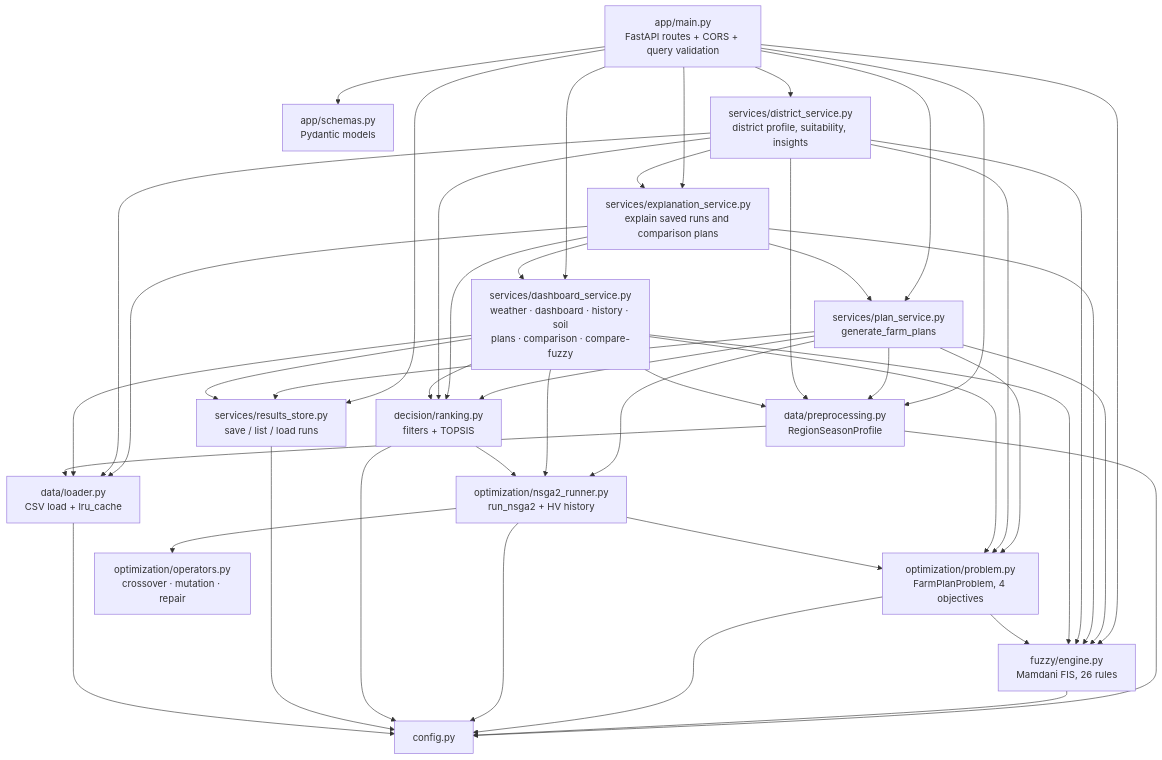
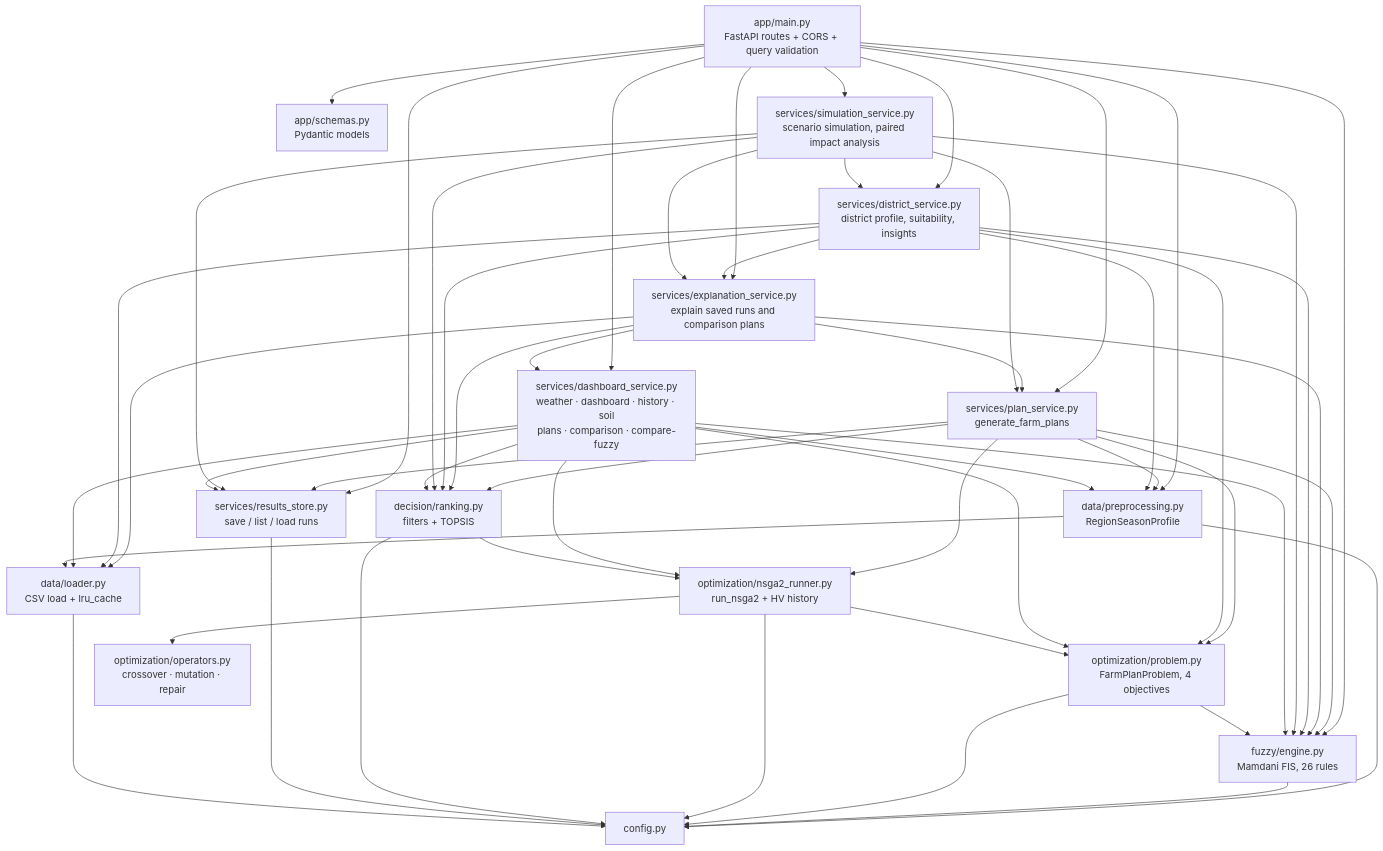
Before and after one commit to VamsiVarada-3632/AgroOptimize: the second of 4 diagrams in docs/handbook/ARCHITECTURE.md, drawn with Mermaid. The commit also changed other lines of this file and 14 other files, not shown here.

First line of the commit message:
Document Scenario Simulation

````diff
--- a/docs/handbook/ARCHITECTURE.md
+++ b/docs/handbook/ARCHITECTURE.md
@@ -31,36 +31,39 @@
 ```mermaid
 flowchart TB
     main[app/main.py<br/>FastAPI routes + CORS + query validation]
     schemas[app/schemas.py<br/>Pydantic models]
     ps[services/plan_service.py<br/>generate_farm_plans]
     ds[services/dashboard_service.py<br/>weather · dashboard · history · soil<br/>plans · comparison · compare-fuzzy]
     xs[services/explanation_service.py<br/>explain saved runs and comparison plans]
     dis[services/district_service.py<br/>district profile, suitability, insights]
+    sim[services/simulation_service.py<br/>scenario simulation, paired impact analysis]
     rs[services/results_store.py<br/>save / list / load runs]
     pre[data/preprocessing.py<br/>RegionSeasonProfile]
     load[data/loader.py<br/>CSV load + lru_cache]
     fz[fuzzy/engine.py<br/>Mamdani FIS, 26 rules]
     prob[optimization/problem.py<br/>FarmPlanProblem, 4 objectives]
     ops[optimization/operators.py<br/>crossover · mutation · repair]
     run[optimization/nsga2_runner.py<br/>run_nsga2 + HV history]
     rank[decision/ranking.py<br/>filters + TOPSIS]
     cfg[config.py]
 
     main --> schemas
     main --> ps
     main --> ds
     main --> rs
     main --> pre
     main --> fz
     ps --> pre & fz & prob & run & rank & rs
     main --> xs
     xs --> ds & ps & rank & fz & load
     main --> dis
     dis --> pre & fz & prob & rank & load & xs
+    main --> sim
+    sim --> ps & xs & dis & fz & rank & rs
     ds --> load & pre & fz & prob & run & rank & rs
     pre --> load
     run --> ops & prob
     prob --> fz
     rank --> run
     pre & fz & prob & run & rank & rs & load --> cfg
 ```
````
